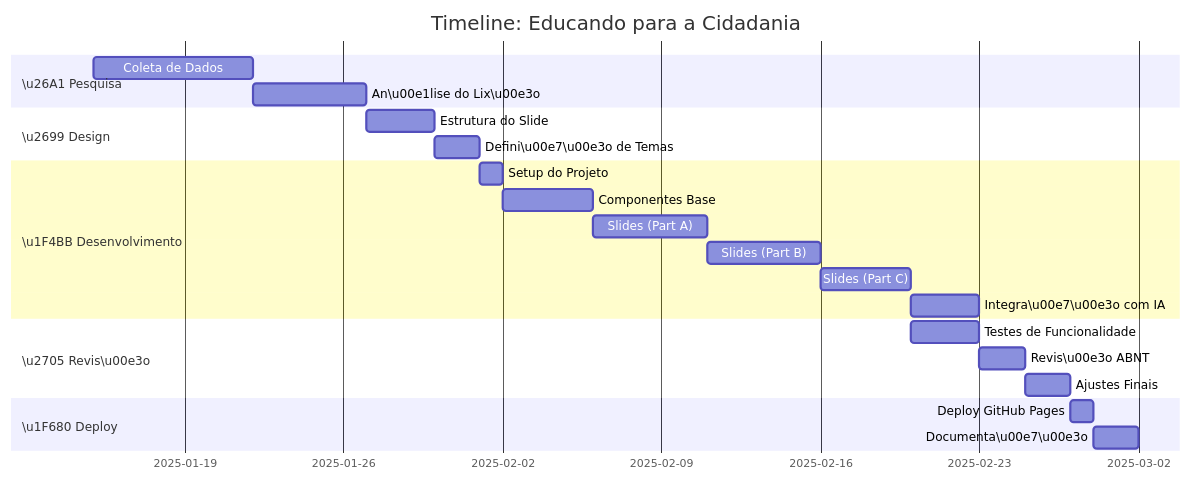
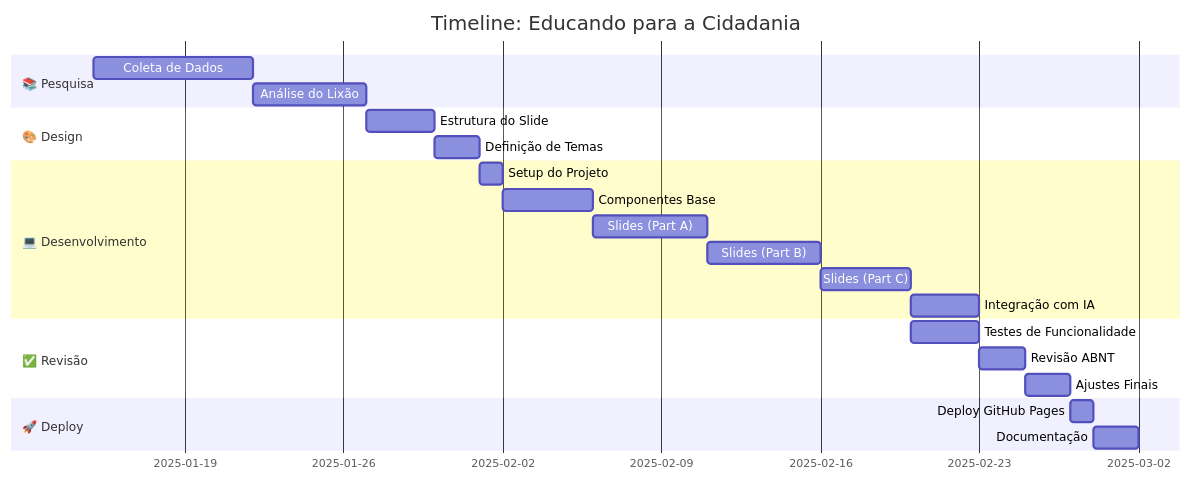
Before and after one commit to MarcozEduardo/Programa-de-Extens-o-Institucional: the second of 2 diagrams in README.md, drawn with Mermaid. The commit also changed other lines of this file and 1 other file, not shown here.

````diff
--- a/README.md
+++ b/README.md
@@ -103,29 +103,29 @@
 ```mermaid
 gantt
     title Timeline: Educando para a Cidadania
     dateFormat  YYYY-MM-DD
-    section \u26A1 Pesquisa
+    section 📚 Pesquisa
     Coleta de Dados           :a1, 2025-01-15, 7d
-    An\u00e1lise do Lix\u00e3o      :a2, after a1, 5d
+    Análise do Lixão      :a2, after a1, 5d
     
-    section \u2699 Design
+    section 🎨 Design
     Estrutura do Slide        :b1, 2025-01-27, 3d
-    Defini\u00e7\u00e3o de Temas    :b2, after b1, 2d
+    Definição de Temas    :b2, after b1, 2d
     
-    section \u1F4BB Desenvolvimento
+    section 💻 Desenvolvimento
     Setup do Projeto          :c1, 2025-02-01, 1d
     Componentes Base          :c2, after c1, 4d
     Slides (Part A)           :c3, after c2, 5d
     Slides (Part B)           :c4, after c3, 5d
     Slides (Part C)           :c5, after c4, 4d
-    Integra\u00e7\u00e3o com IA      :c6, after c5, 3d
+    Integração com IA      :c6, after c5, 3d
     
-    section \u2705 Revis\u00e3o
+    section ✅ Revisão
     Testes de Funcionalidade  :d1, 2025-02-20, 3d
-    Revis\u00e3o ABNT            :d2, after d1, 2d
+    Revisão ABNT            :d2, after d1, 2d
     Ajustes Finais             :d3, after d2, 2d
     
-    section \u1F680 Deploy
+    section 🚀 Deploy
     Deploy GitHub Pages        :e1, 2025-02-27, 1d
-    Documenta\u00e7\u00e3o          :e2, after e1, 2d
+    Documentação          :e2, after e1, 2d
 ```
````
